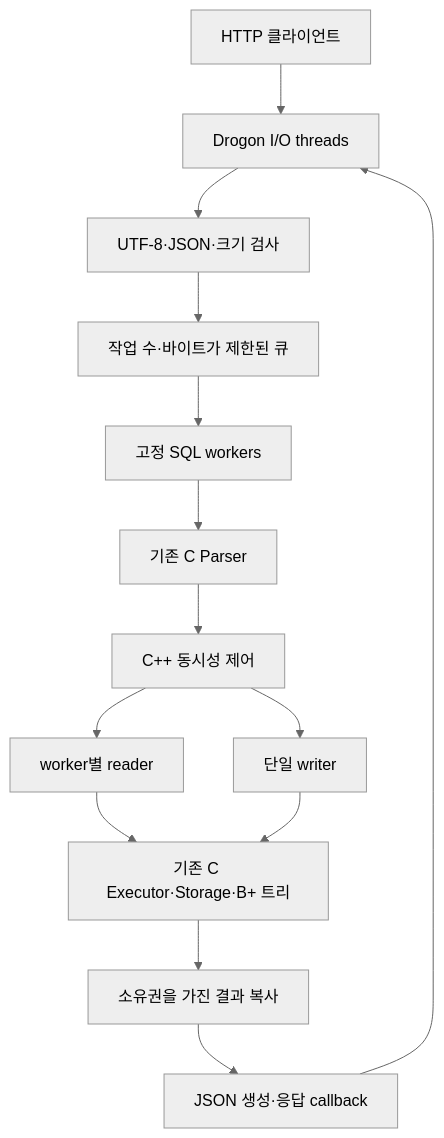
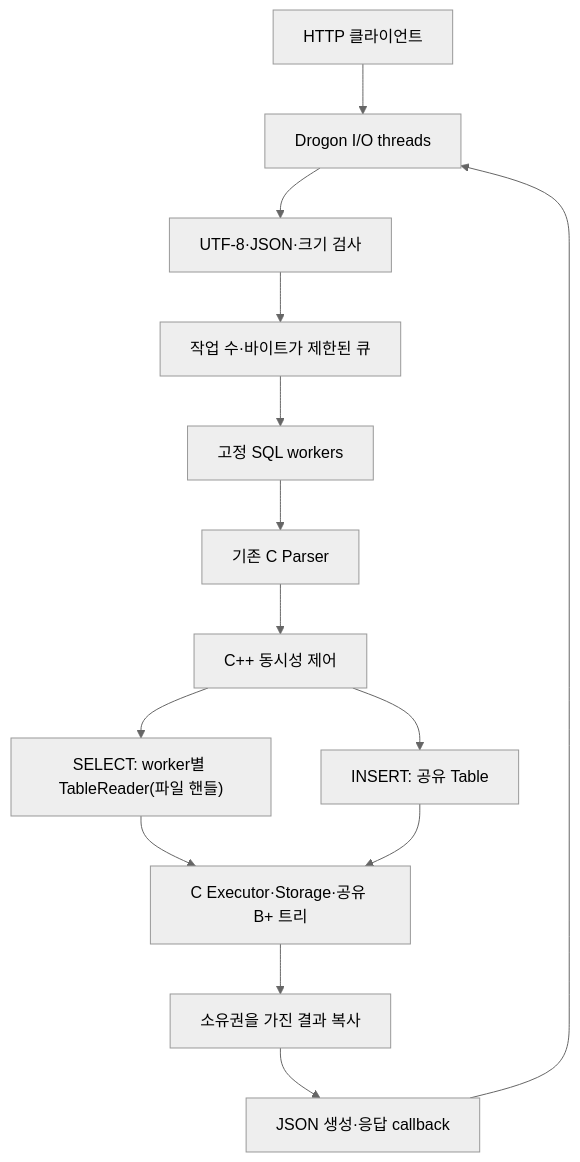
Before and after one commit to nica7410/mini-dbms: the diagram in docs/implementation-phase3.md, drawn with Mermaid (neutral theme). The commit also changed other lines of this file and 63 other files, not shown here.

````diff
--- a/docs/implementation-phase3.md
+++ b/docs/implementation-phase3.md
@@ -24,16 +30,16 @@
 ```mermaid
 flowchart TD
     Client["HTTP 클라이언트"] --> HTTP["Drogon I/O threads"]
     HTTP --> Validate["UTF-8·JSON·크기 검사"]
     Validate --> Queue["작업 수·바이트가 제한된 큐"]
     Queue --> Workers["고정 SQL workers"]
     Workers --> Parse["기존 C Parser"]
     Parse --> Gate["C++ 동시성 제어"]
-    Gate --> Readers["worker별 reader"]
-    Gate --> Writer["단일 writer"]
-    Readers --> CRead["기존 C Executor·Storage·B+ 트리"]
+    Gate --> Readers["SELECT: worker별 TableReader(파일 핸들)"]
+    Gate --> Writer["INSERT: 공유 Table"]
+    Readers --> CRead["C Executor·Storage·공유 B+ 트리"]
     Writer --> CRead
     CRead --> Result["소유권을 가진 결과 복사"]
     Result --> JSON["JSON 생성·응답 callback"]
     JSON --> HTTP
 ```
````
